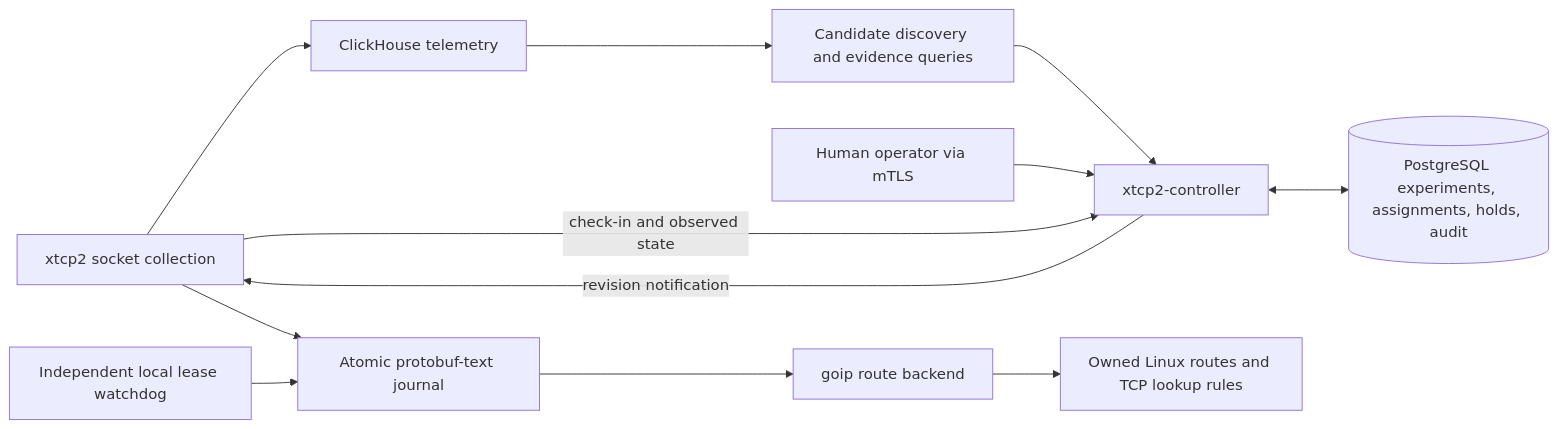
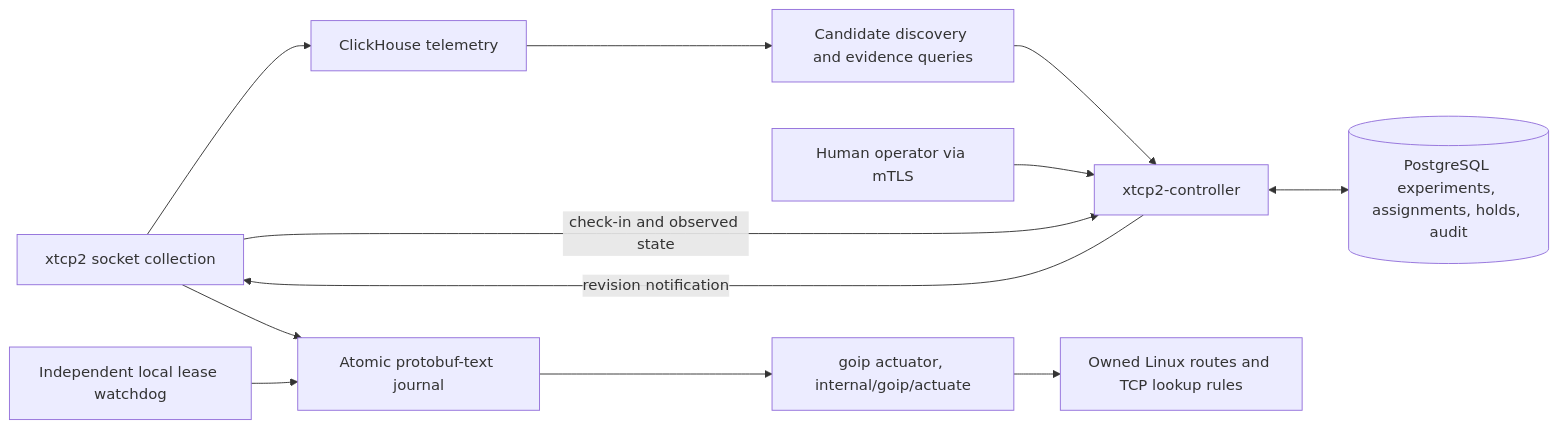
One commit to randomizedcoder/xtcp2 changed the diagram in docs/tcp-controller.md. Above: the diagram before and after it, drawn with Mermaid. The commit also changed other lines of this file and 19 other files, not shown here.

````diff
--- a/docs/tcp-controller.md
+++ b/docs/tcp-controller.md
@@ -14,14 +14,14 @@
 ```mermaid
 flowchart LR
   D[xtcp2 socket collection] --> K[ClickHouse telemetry]
   K --> A[Candidate discovery and evidence queries]
   A --> C[xtcp2-controller]
   H[Human operator via mTLS] --> C
   C <--> P[(PostgreSQL experiments, assignments, holds, audit)]
   C -->|revision notification| D
   D -->|check-in and observed state| C
   D --> J[Atomic protobuf-text journal]
-  J --> R[goip route backend]
+  J --> R[goip actuator, internal/goip/actuate]
   R --> L[Owned Linux routes and TCP lookup rules]
   W[Independent local lease watchdog] --> J
 ```
````
